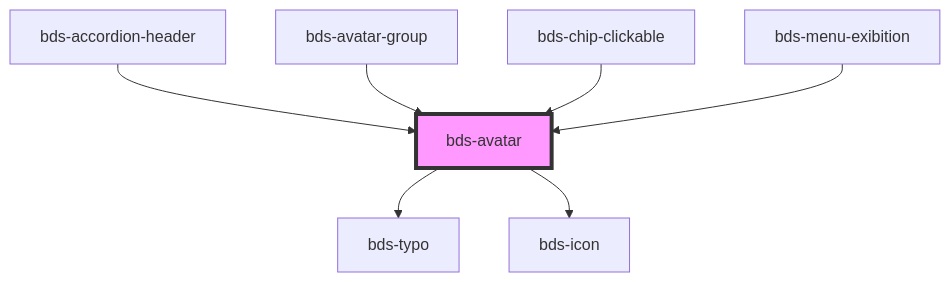
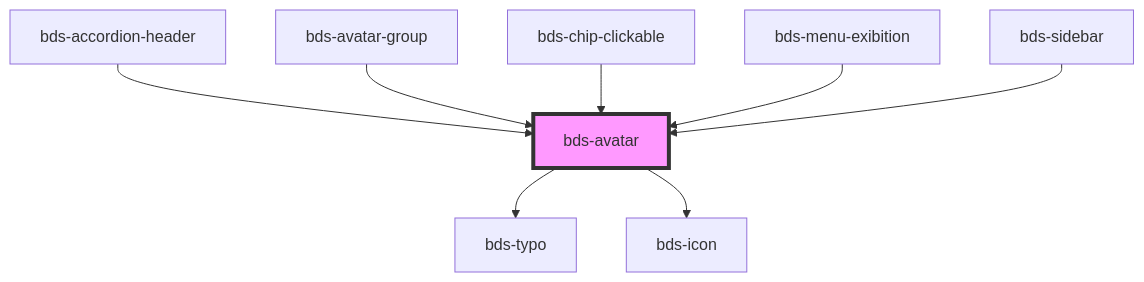
The diagram in src/components/avatar/readme.md (takenet/blip-ds), drawn with Mermaid before and after one commit. The commit also changed other lines of this file and 9 other files, not shown here.

````diff
--- a/src/components/avatar/readme.md
+++ b/src/components/avatar/readme.md
@@ -35,10 +36,11 @@
 ```mermaid
 graph TD;
   bds-avatar --> bds-typo
   bds-avatar --> bds-icon
   bds-accordion-header --> bds-avatar
   bds-avatar-group --> bds-avatar
   bds-chip-clickable --> bds-avatar
   bds-menu-exibition --> bds-avatar
+  bds-sidebar --> bds-avatar
   style bds-avatar fill:#f9f,stroke:#333,stroke-width:4px
 ```
````
